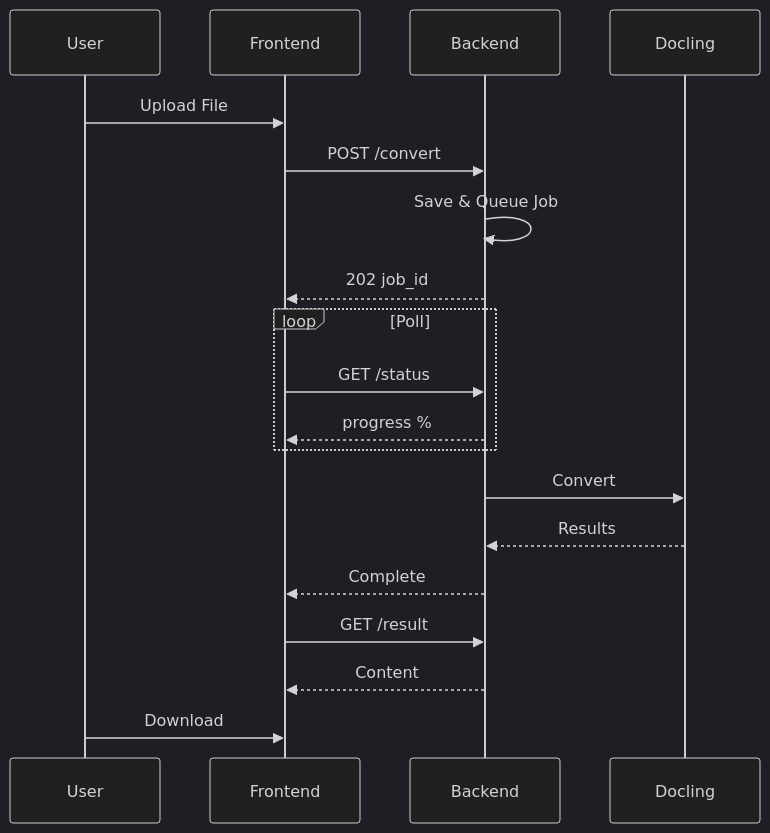
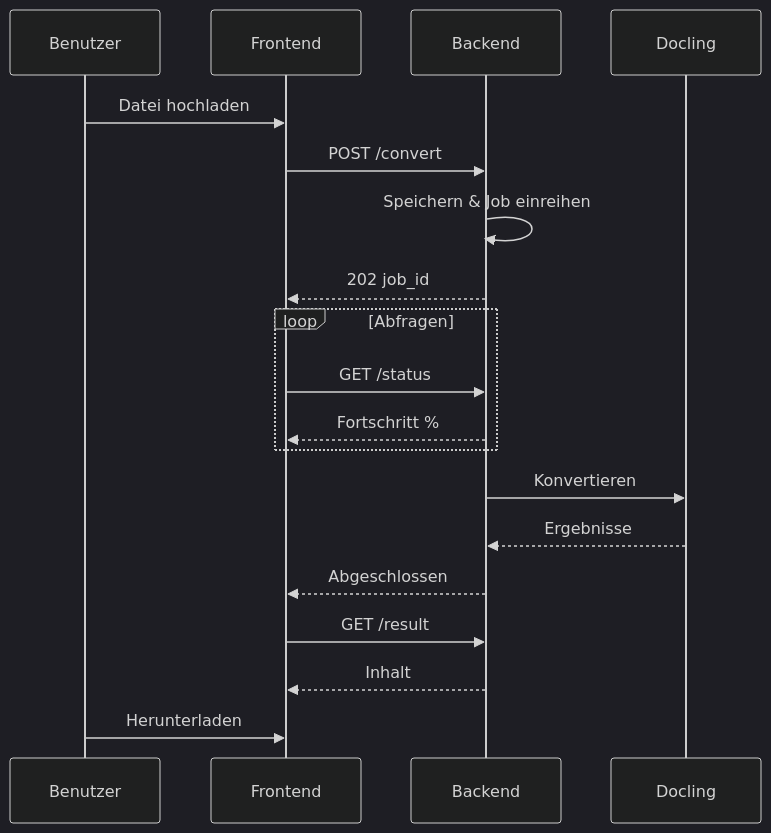
One commit to duckling-ui/duckling changed the fourth of 8 diagrams in docs/de/architecture/diagrams.md. Above: the diagram before and after it, drawn with Mermaid (dark theme). The commit also changed other lines of this file and 133 other files, not shown here.

````diff
--- a/docs/de/architecture/diagrams.md
+++ b/docs/de/architecture/diagrams.md
@@ -100,24 +100,24 @@
 ```mermaid
 sequenceDiagram
-    participant U as User
+    participant U as Benutzer
     participant F as Frontend
     participant B as Backend
     participant D as Docling
 
-    U->>F: Upload File
+    U->>F: Datei hochladen
     F->>B: POST /convert
-    B->>B: Save & Queue Job
+    B->>B: Speichern & Job einreihen
     B-->>F: 202 job_id
 
-    loop Poll
+    loop Abfragen
         F->>B: GET /status
-        B-->>F: progress %
+        B-->>F: Fortschritt %
     end
 
-    B->>D: Convert
-    D-->>B: Results
-    B-->>F: Complete
+    B->>D: Konvertieren
+    D-->>B: Ergebnisse
+    B-->>F: Abgeschlossen
     F->>B: GET /result
-    B-->>F: Content
-    U->>F: Download
+    B-->>F: Inhalt
+    U->>F: Herunterladen
 ```
````
